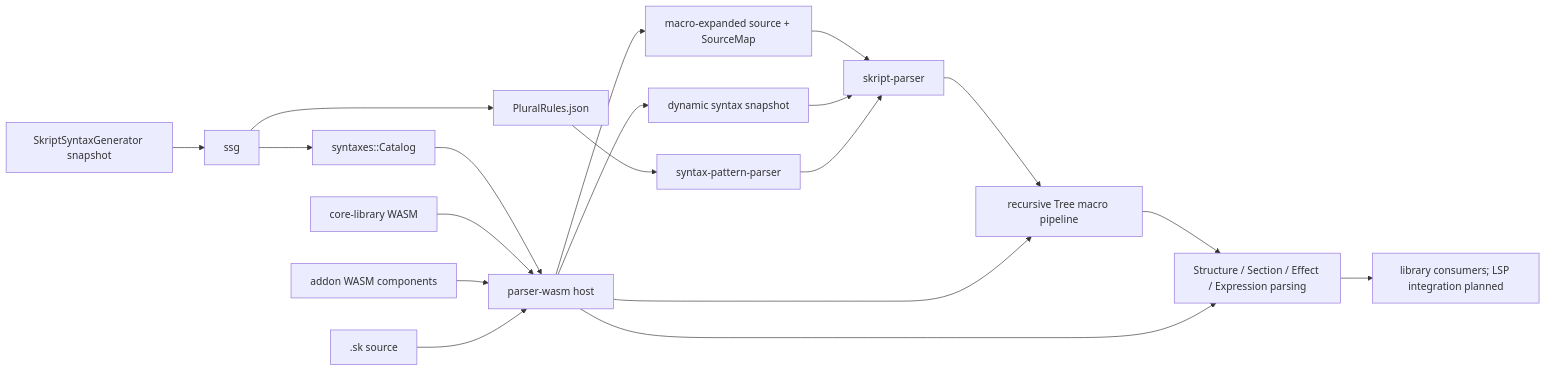
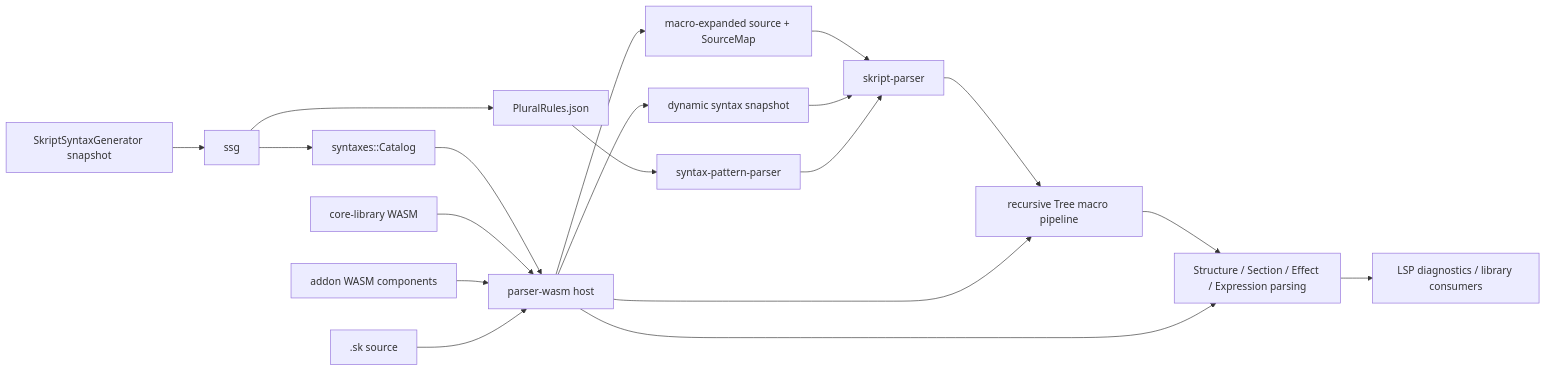
The diagram in README.md (nlaocs/Skript-LSP), drawn with Mermaid before and after one commit. The commit also changed other lines of this file and 17 other files, not shown here.

````diff
--- a/README.md
+++ b/README.md
@@ -35,21 +35,21 @@
 ```mermaid
 flowchart LR
     SSG["SkriptSyntaxGenerator snapshot"] --> Loader["ssg"]
     Loader --> Catalog["syntaxes::Catalog"]
     Loader --> Rules["PluralRules.json"]
     Rules --> Patterns["syntax-pattern-parser"]
     Catalog --> Host["parser-wasm host"]
     Core["core-library WASM"] --> Host
     Addons["addon WASM components"] --> Host
     Host --> Dynamic["dynamic syntax snapshot"]
     Source[".sk source"] --> Host
     Host --> Expanded["macro-expanded source + SourceMap"]
     Expanded --> Parser["skript-parser"]
     Parser --> Tree["recursive Tree macro pipeline"]
     Host --> Tree
     Tree --> Syntax["Structure / Section / Effect / Expression parsing"]
     Host --> Syntax
-    Syntax --> Consumers["library consumers; LSP integration planned"]
+    Syntax --> Consumers["LSP diagnostics / library consumers"]
     Dynamic --> Parser
     Patterns --> Parser
 ```
````
